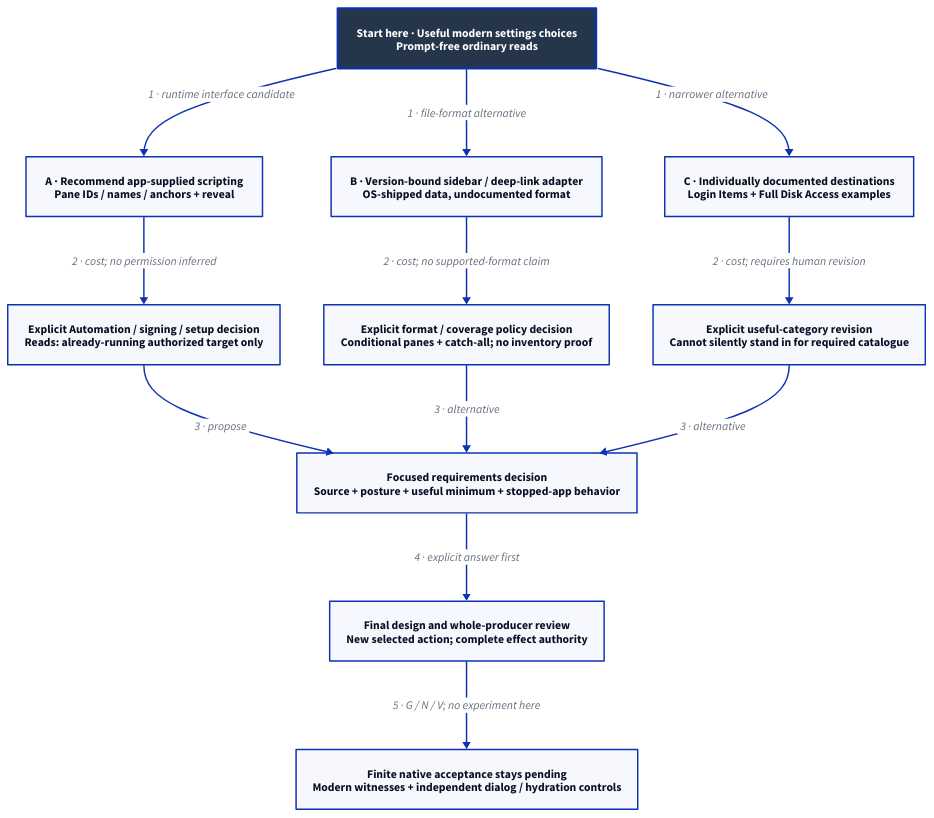
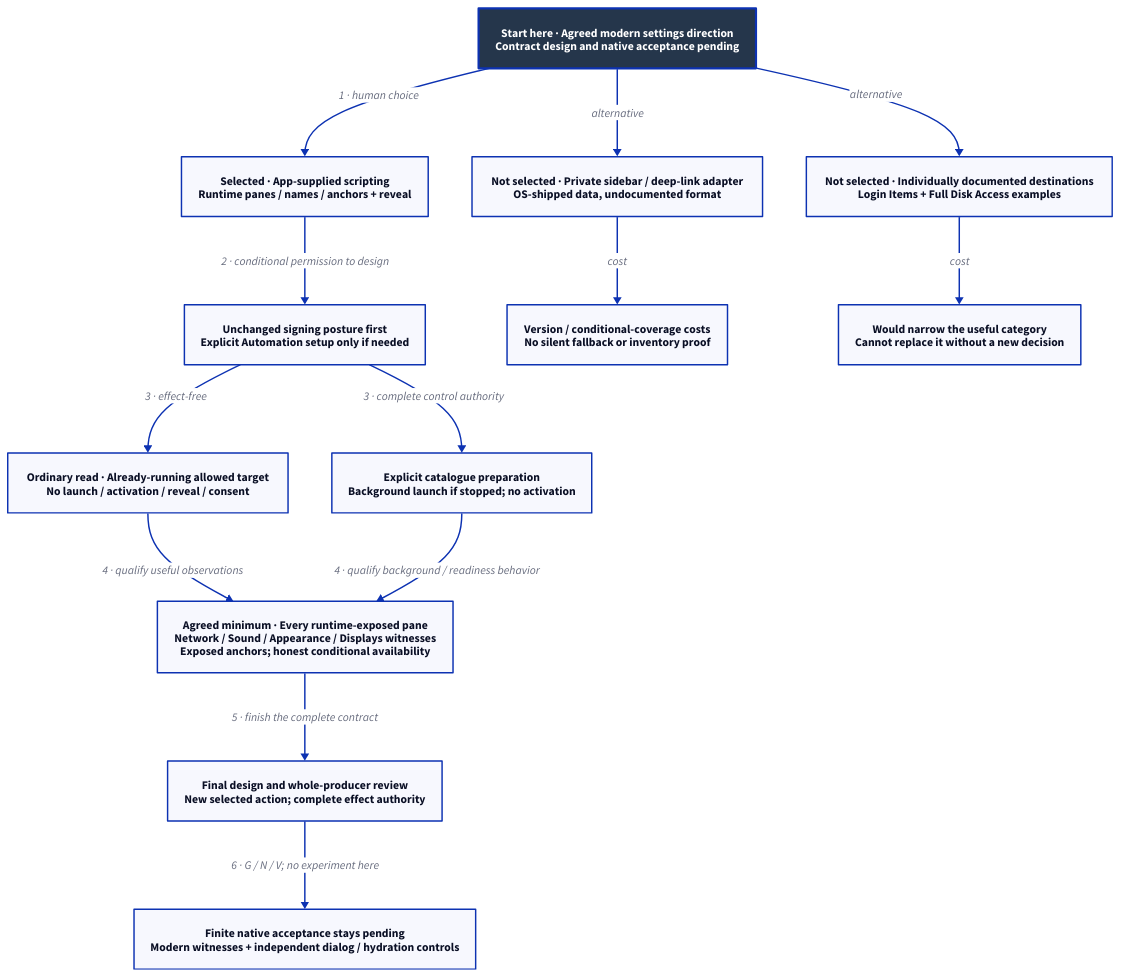
The diagram in docs/design/architecture/native-settings-decision.d2 (Linkuistics/Koine), drawn with D2 before and after one commit. The commit also changed 12 other files, not shown here.

Commit message:
Agree settings source and background preparation (native-settings-source-k201)

```diff
--- a/docs/design/architecture/native-settings-decision.d2
+++ b/docs/design/architecture/native-settings-decision.d2
@@ -1,26 +1,29 @@
-# Alternatives for the focused human source/posture decision, not accepted design.
+# Human requirements agreed; exact source/API and native qualification remain pending.
 direction: down
 classes: {
   start: {style: {fill: "#25364B"; font-color: "#FFFFFF"; bold: true; stroke-width: 3}}
 }
-Start: "Start here · Useful modern settings choices\nPrompt-free ordinary reads" {class: start}
-Script: "A · Recommend app-supplied scripting\nPane IDs / names / anchors + reveal"
-ScriptCost: "Explicit Automation / signing / setup decision\nReads: already-running authorized target only"
-Sidebar: "B · Version-bound sidebar / deep-link adapter\nOS-shipped data, undocumented format"
-SidebarCost: "Explicit format / coverage policy decision\nConditional panes + catch-all; no inventory proof"
-Fixed: "C · Individually documented destinations\nLogin Items + Full Disk Access examples"
-FixedCost: "Explicit useful-category revision\nCannot silently stand in for required catalogue"
-Human: "Focused requirements decision\nSource + posture + useful minimum + stopped-app behavior"
+Start: "Start here · Agreed modern settings direction\nContract design and native acceptance pending" {class: start}
+Script: "Selected · App-supplied scripting\nRuntime panes / names / anchors + reveal"
+ScriptCost: "Unchanged signing posture first\nExplicit Automation setup only if needed"
+Read: "Ordinary read · Already-running allowed target\nNo launch / activation / reveal / consent"
+Prepare: "Explicit catalogue preparation\nBackground launch if stopped; no activation"
+Sidebar: "Not selected · Private sidebar / deep-link adapter\nOS-shipped data, undocumented format"
+SidebarCost: "Version / conditional-coverage costs\nNo silent fallback or inventory proof"
+Fixed: "Not selected · Individually documented destinations\nLogin Items + Full Disk Access examples"
+FixedCost: "Would narrow the useful category\nCannot replace it without a new decision"
+Human: "Agreed minimum · Every runtime-exposed pane\nNetwork / Sound / Appearance / Displays witnesses\nExposed anchors; honest conditional availability"
 Design: "Final design and whole-producer review\nNew selected action; complete effect authority"
 Native: "Finite native acceptance stays pending\nModern witnesses + independent dialog / hydration controls"
-Start -> Script: "1 · runtime interface candidate"
-Script -> ScriptCost: "2 · cost; no permission inferred"
-Start -> Sidebar: "1 · file-format alternative"
-Sidebar -> SidebarCost: "2 · cost; no supported-format claim"
-Start -> Fixed: "1 · narrower alternative"
-Fixed -> FixedCost: "2 · cost; requires human revision"
-ScriptCost -> Human: "3 · propose"
-SidebarCost -> Human: "3 · alternative"
-FixedCost -> Human: "3 · alternative"
-Human -> Design: "4 · explicit answer first"
-Design -> Native: "5 · G / N / V; no experiment here"
+Start -> Script: "1 · human choice"
+Script -> ScriptCost: "2 · conditional permission to design"
+ScriptCost -> Read: "3 · effect-free"
+ScriptCost -> Prepare: "3 · complete control authority"
+Read -> Human: "4 · qualify useful observations"
+Prepare -> Human: "4 · qualify background / readiness behavior"
+Start -> Sidebar: "alternative"
+Sidebar -> SidebarCost: "cost"
+Start -> Fixed: "alternative"
+Fixed -> FixedCost: "cost"
+Human -> Design: "5 · finish the complete contract"
+Design -> Native: "6 · G / N / V; no experiment here"
```
